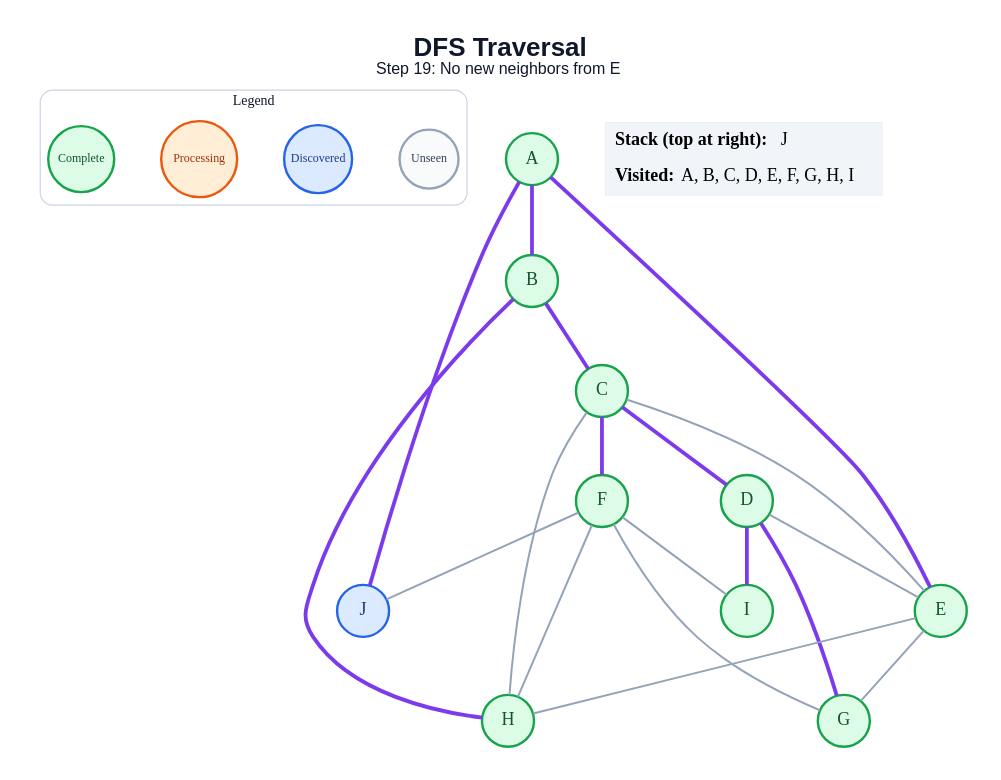
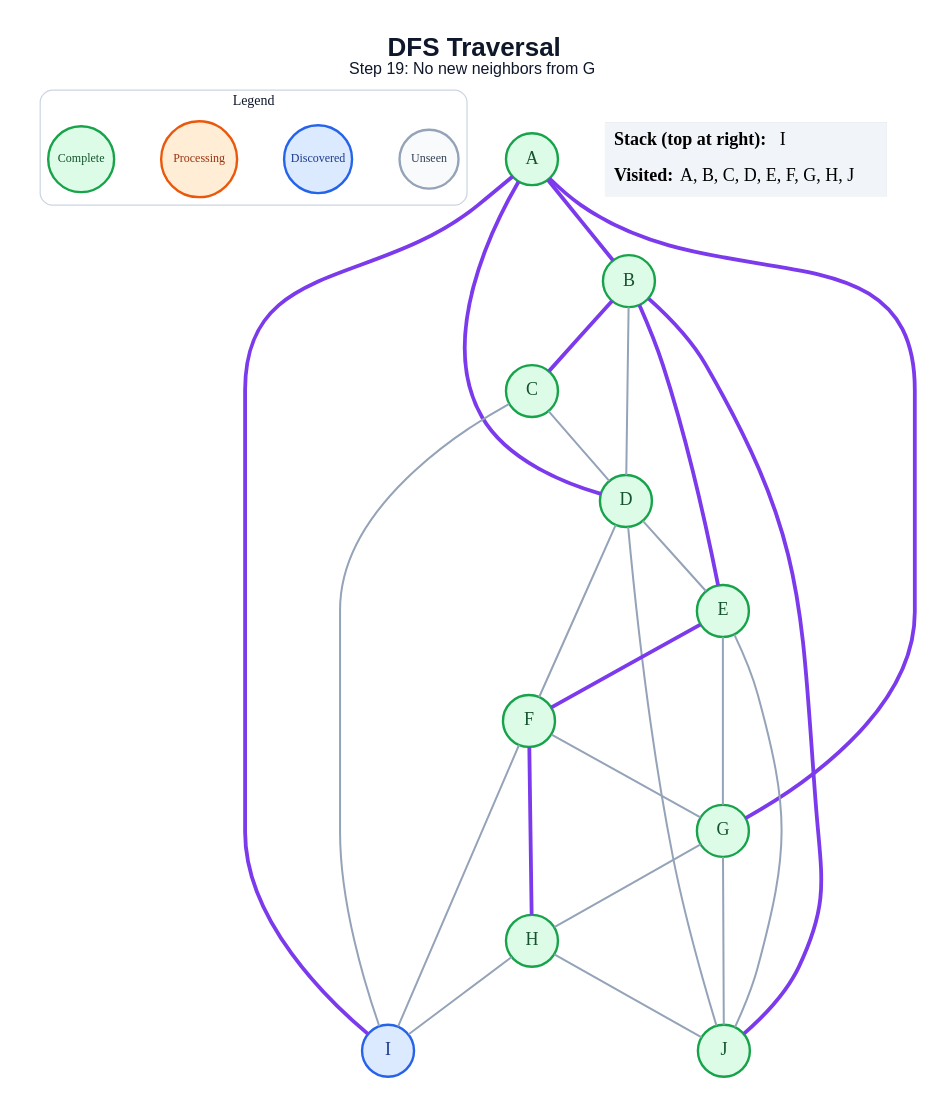
The diagram in generated/dfs/step_19.dot (amanghodawala9/ai-slop), drawn with Graphviz before and after one commit. The commit also changed 178 other files, not shown here.

```diff
--- a/generated/dfs/step_19.dot
+++ b/generated/dfs/step_19.dot
@@ -1,47 +1,52 @@
 graph traversal {
   graph [layout=dot, rankdir=TB, bgcolor="#FFFFFF", pad="0.35", nodesep="0.65", ranksep="0.8", fontname="Arial"];
   node [shape=circle, style="filled", fontname="Arial Bold", fontsize=18, width=0.72, fixedsize=true, penwidth=2.4];
   edge [color="#94A3B8", penwidth=2.0];
-  label=<<B>DFS Traversal</B><BR/><FONT POINT-SIZE="16">Step 19: No new neighbors from E</FONT>>; labelloc="t"; fontsize=26; fontname="Arial"; fontcolor="#0F172A";
+  label=<<B>DFS Traversal</B><BR/><FONT POINT-SIZE="16">Step 19: No new neighbors from G</FONT>>; labelloc="t"; fontsize=26; fontname="Arial"; fontcolor="#0F172A";
   subgraph cluster_legend { label="Legend"; color="#CBD5E1"; penwidth=1.2; style="rounded"; fontsize=14; fontname="Arial Bold";
     key_unseen [label="Unseen", fillcolor="#F8FAFC", color="#94A3B8", fontcolor="#334155", fontsize=12, width=0.82];
     key_frontier [label="Discovered", fillcolor="#DBEAFE", color="#2563EB", fontcolor="#1E3A8A", fontsize=12, width=0.95];
     key_current [label="Processing", fillcolor="#FFEDD5", color="#EA580C", fontcolor="#9A3412", fontsize=12, width=1.05];
     key_done [label="Complete", fillcolor="#DCFCE7", color="#16A34A", fontcolor="#14532D", fontsize=12, width=0.92];
     { rank=same; key_unseen; key_frontier; key_current; key_done; }
   }
   A [fillcolor="#DCFCE7", color="#16A34A", fontcolor="#14532D"];
   B [fillcolor="#DCFCE7", color="#16A34A", fontcolor="#14532D"];
   C [fillcolor="#DCFCE7", color="#16A34A", fontcolor="#14532D"];
   D [fillcolor="#DCFCE7", color="#16A34A", fontcolor="#14532D"];
   E [fillcolor="#DCFCE7", color="#16A34A", fontcolor="#14532D"];
   F [fillcolor="#DCFCE7", color="#16A34A", fontcolor="#14532D"];
   G [fillcolor="#DCFCE7", color="#16A34A", fontcolor="#14532D"];
   H [fillcolor="#DCFCE7", color="#16A34A", fontcolor="#14532D"];
-  I [fillcolor="#DCFCE7", color="#16A34A", fontcolor="#14532D"];
-  J [fillcolor="#DBEAFE", color="#2563EB", fontcolor="#1E3A8A"];
+  I [fillcolor="#DBEAFE", color="#2563EB", fontcolor="#1E3A8A"];
+  J [fillcolor="#DCFCE7", color="#16A34A", fontcolor="#14532D"];
   A -- B [color="#7C3AED", penwidth=3.8];
-  A -- E [color="#7C3AED", penwidth=3.8];
-  A -- J [color="#7C3AED", penwidth=3.8];
+  A -- D [color="#7C3AED", penwidth=3.8];
+  A -- G [color="#7C3AED", penwidth=3.8];
+  A -- I [color="#7C3AED", penwidth=3.8];
   B -- C [color="#7C3AED", penwidth=3.8];
-  B -- H [color="#7C3AED", penwidth=3.8];
-  C -- D [color="#7C3AED", penwidth=3.8];
-  C -- E;
-  C -- F [color="#7C3AED", penwidth=3.8];
-  C -- H;
+  B -- D;
+  B -- E [color="#7C3AED", penwidth=3.8];
+  B -- J [color="#7C3AED", penwidth=3.8];
+  C -- D;
+  C -- I;
   D -- E;
-  D -- G [color="#7C3AED", penwidth=3.8];
-  D -- I [color="#7C3AED", penwidth=3.8];
+  D -- F;
+  D -- J;
+  E -- F [color="#7C3AED", penwidth=3.8];
   E -- G;
-  E -- H;
+  E -- J;
   F -- G;
-  F -- H;
+  F -- H [color="#7C3AED", penwidth=3.8];
   F -- I;
-  F -- J;
+  G -- H;
+  G -- J;
+  H -- I;
+  H -- J;
   status [shape=plain, fixedsize=false, width=0, height=0, margin=0, label=<
     <TABLE BORDER="0" CELLBORDER="0" CELLPADDING="7" BGCOLOR="#F1F5F9">
-      <TR><TD ALIGN="LEFT"><B>Stack (top at right):</B> J</TD></TR>
-      <TR><TD ALIGN="LEFT"><B>Visited:</B> A, B, C, D, E, F, G, H, I</TD></TR>
+      <TR><TD ALIGN="LEFT"><B>Stack (top at right):</B> I</TD></TR>
+      <TR><TD ALIGN="LEFT"><B>Visited:</B> A, B, C, D, E, F, G, H, J</TD></TR>
     </TABLE>
   >];
 }
```
